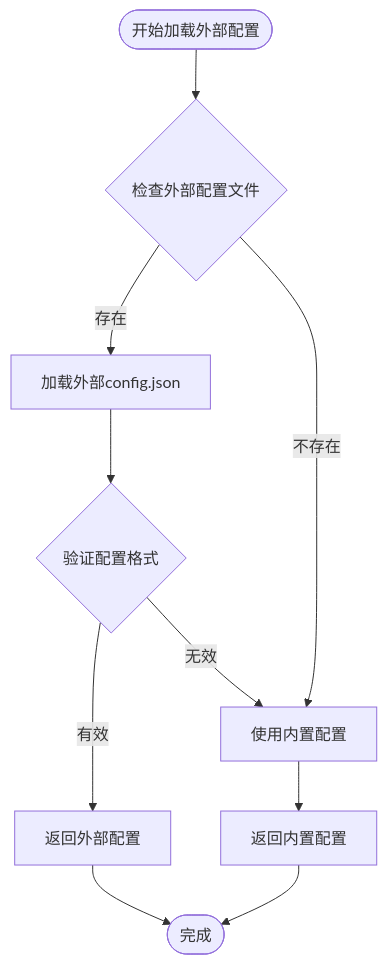
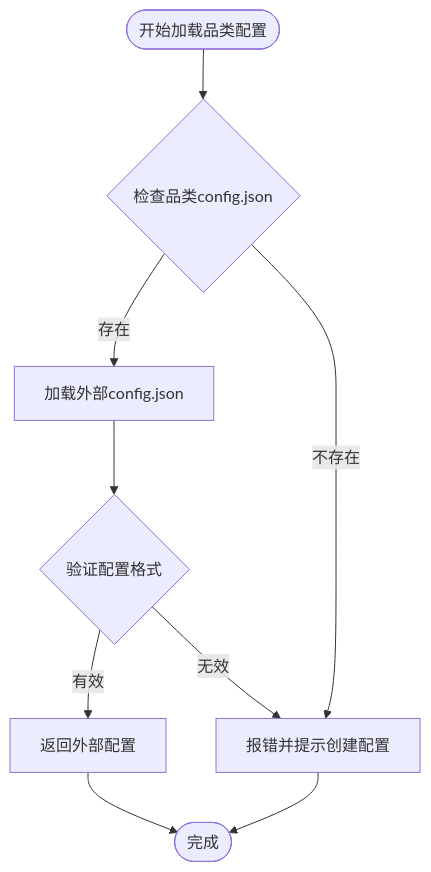
Before and after one commit to WongMingJiu/landingpage-test-hero-page: the ninth of 23 diagrams in .qoder/repowiki/zh/content/配置和定制/配置和定制.md, drawn with Mermaid. The commit also changed other lines of this file and 53 other files, not shown here.

````diff
--- a/.qoder/repowiki/zh/content/配置和定制/配置和定制.md
+++ b/.qoder/repowiki/zh/content/配置和定制/配置和定制.md
@@ -509,12 +491,11 @@
 ```mermaid
 flowchart TD
-Start([开始加载外部配置]) --> CheckExternal{检查外部配置文件}
+Start([开始加载品类配置]) --> CheckExternal{检查品类config.json}
 CheckExternal --> |存在| LoadExternal[加载外部config.json]
-CheckExternal --> |不存在| UseInternal[使用内置配置]
+CheckExternal --> |不存在| ErrorConfig[报错并提示创建配置]
 LoadExternal --> ValidateExternal{验证配置格式}
 ValidateExternal --> |有效| ReturnExternal[返回外部配置]
-ValidateExternal --> |无效| UseInternal
-UseInternal --> ReturnInternal[返回内置配置]
+ValidateExternal --> |无效| ErrorConfig
 ReturnExternal --> End([完成])
-ReturnInternal --> End
+ErrorConfig --> End
 ```
````
